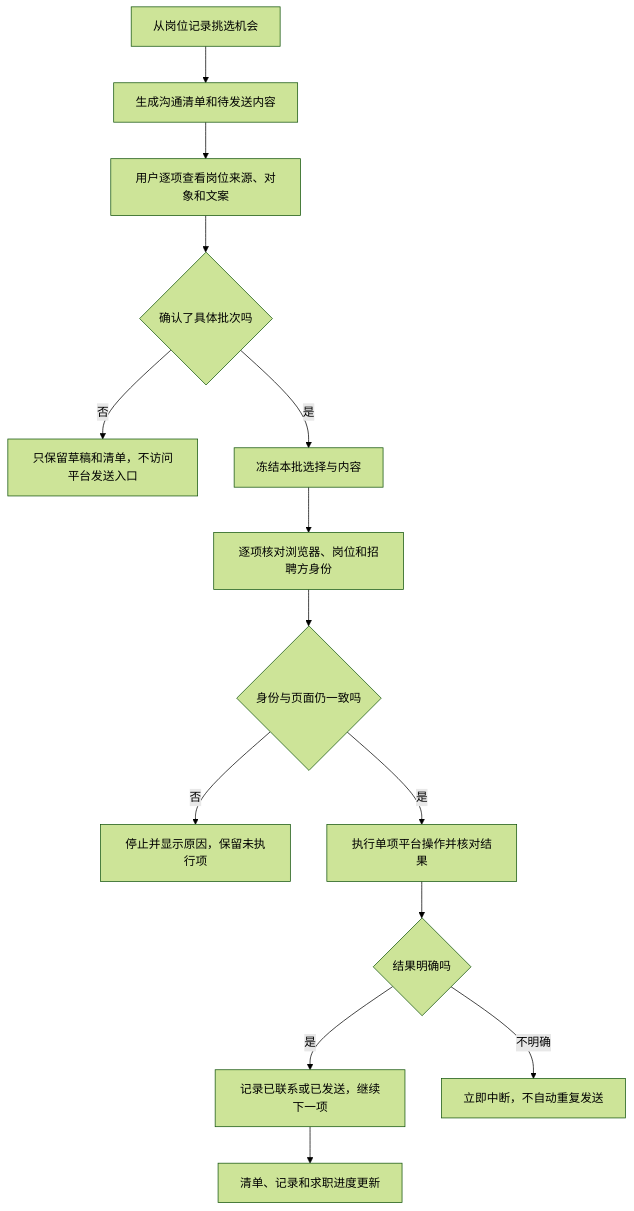
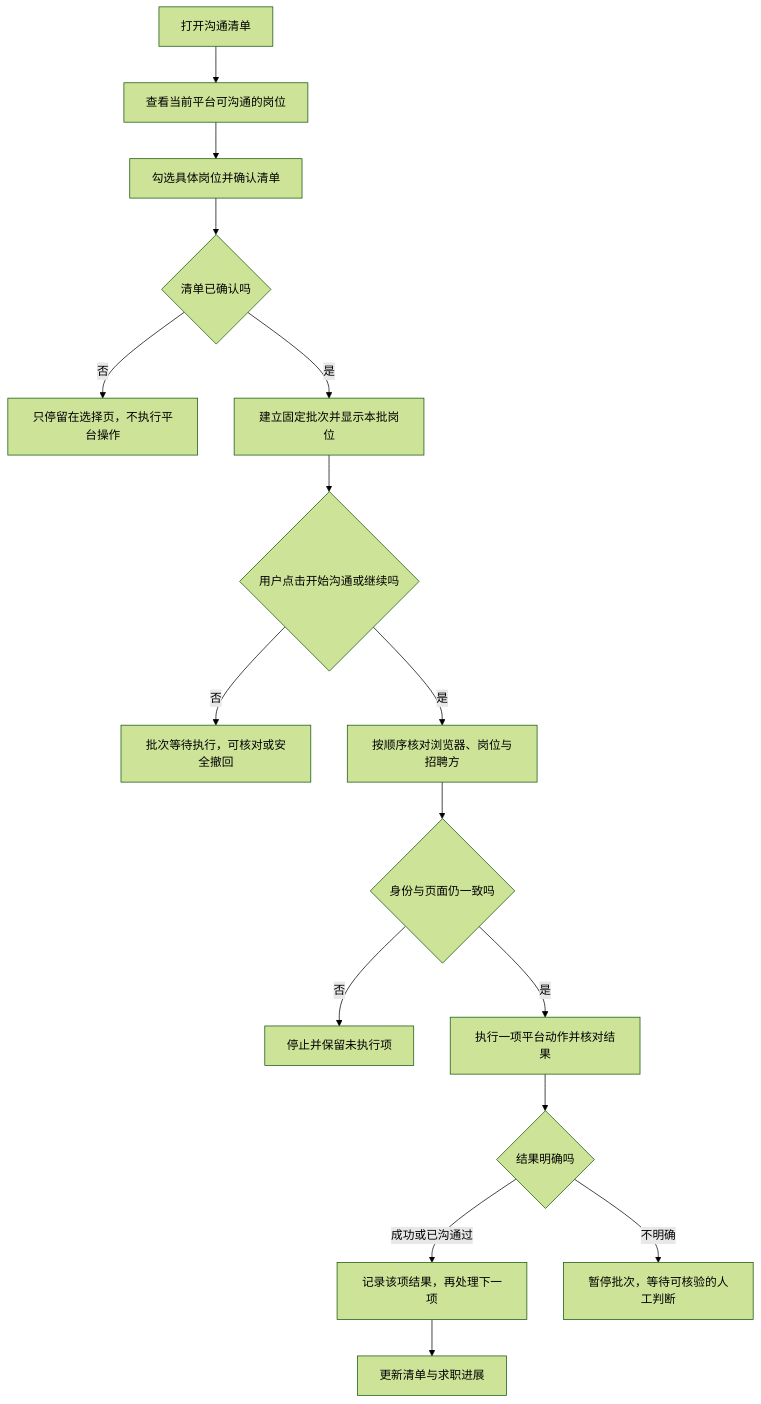
The tenth of 16 diagrams in docs/offergo-product-module-flows.md (daydreamer0213/OfferGo), drawn with Mermaid (forest theme) before and after one commit. The commit also changed other lines of this file, not shown here.

Commit message:
docs: correct OfferGo module flow diagrams against code

````diff
--- a/docs/offergo-product-module-flows.md
+++ b/docs/offergo-product-module-flows.md
@@ -225,16 +246,18 @@
 ```mermaid
 flowchart TD
-  A[从岗位记录挑选机会] --> B[生成沟通清单和待发送内容]
-  B --> C[用户逐项查看岗位来源、对象和文案]
-  C --> D{确认了具体批次吗}
-  D -- 否 --> E[只保留草稿和清单，不访问平台发送入口]
-  D -- 是 --> F[冻结本批选择与内容]
-  F --> G[逐项核对浏览器、岗位和招聘方身份]
-  G --> H{身份与页面仍一致吗}
-  H -- 否 --> I[停止并显示原因，保留未执行项]
-  H -- 是 --> J[执行单项平台操作并核对结果]
-  J --> K{结果明确吗}
-  K -- 是 --> L[记录已联系或已发送，继续下一项]
-  K -- 不明确 --> M[立即中断，不自动重复发送]
-  L --> N[清单、记录和求职进度更新]
+  A[打开沟通清单] --> B[查看当前平台可沟通的岗位]
+  B --> C[勾选具体岗位并确认清单]
+  C --> D{清单已确认吗}
+  D -- 否 --> E[只停留在选择页，不执行平台操作]
+  D -- 是 --> F[建立固定批次并显示本批岗位]
+  F --> G{用户点击开始沟通或继续吗}
+  G -- 否 --> H[批次等待执行，可核对或安全撤回]
+  G -- 是 --> I[按顺序核对浏览器、岗位与招聘方]
+  I --> J{身份与页面仍一致吗}
+  J -- 否 --> K[停止并保留未执行项]
+  J -- 是 --> L[执行一项平台动作并核对结果]
+  L --> M{结果明确吗}
+  M -- 成功或已沟通过 --> N[记录该项结果，再处理下一项]
+  M -- 不明确 --> O[暂停批次，等待可核验的人工判断]
+  N --> P[更新清单与求职进展]
 ```
````
